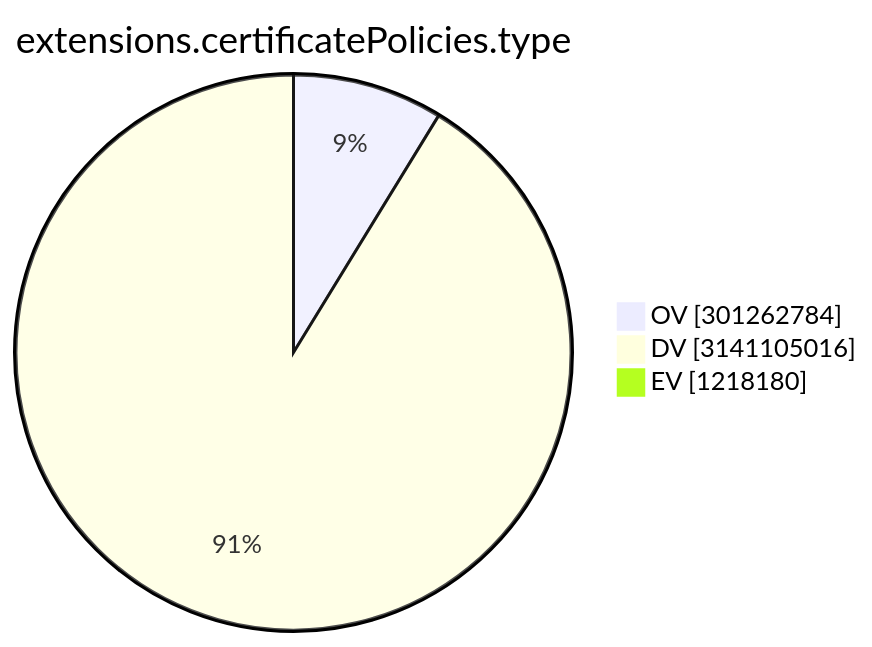
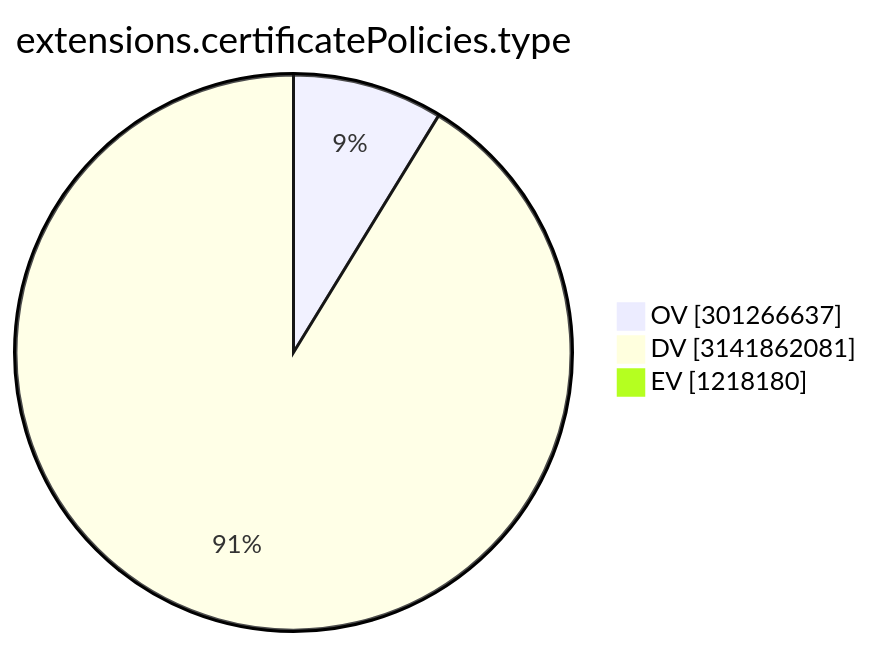
The ninth of 15 diagrams in TOTAL/README.md (christiankrug/ctmonitor_visualization), drawn with Mermaid before and after one commit. The commit also changed other lines of this file, not shown here.

````diff
--- a/TOTAL/README.md
+++ b/TOTAL/README.md
@@ -3105,7 +3105,7 @@
 ```mermaid
 pie showData
 title extensions.certificatePolicies.type
-"OV" :301262784
-"DV" :3141105016
+"OV" :301266637
+"DV" :3141862081
 "EV" :1218180
 ```
````
